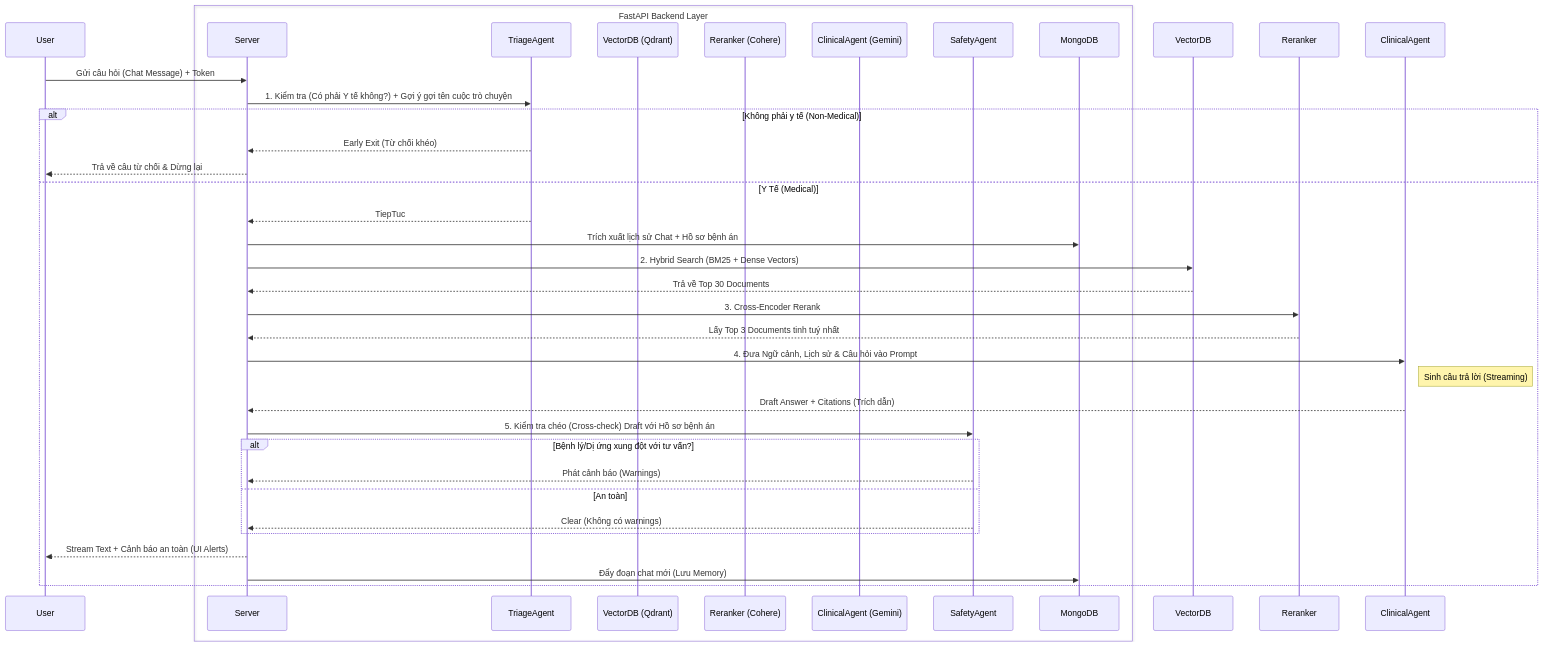
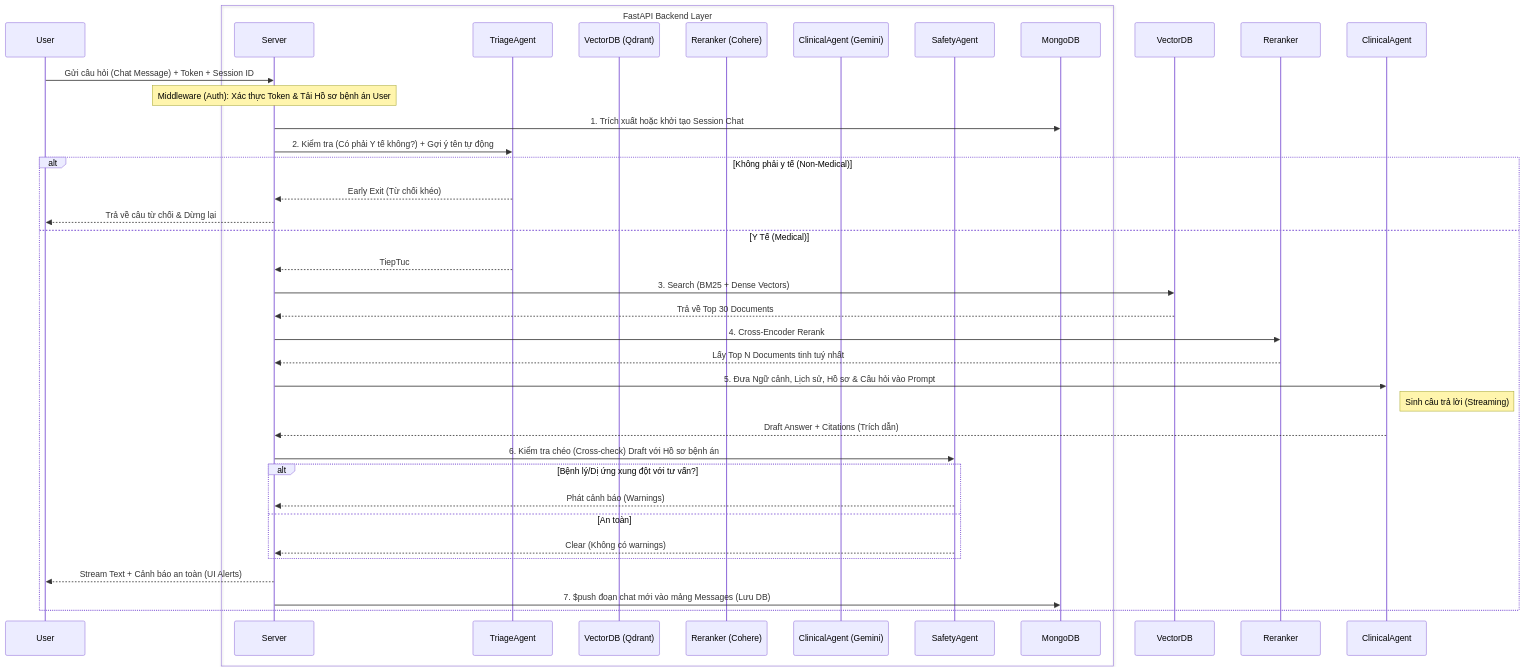
The diagram in README.md (Vietfinn/Medical-AI-Assistant--RAG_KLTN), drawn with Mermaid before and after one commit. The commit also changed 6 other files, not shown here.

Commit message:
chore: remove redundant files and update architecture flow in README.md

````diff
--- a/README.md
+++ b/README.md
@@ -35,43 +35,46 @@
 ```mermaid
 sequenceDiagram
     participant User
     box FastAPI Backend Layer
         participant Server
         participant TriageAgent
         participant VectorDB (Qdrant)
         participant Reranker (Cohere)
         participant ClinicalAgent (Gemini)
         participant SafetyAgent
         participant MongoDB
     end
 
-    User->>Server: Gửi câu hỏi (Chat Message) + Token
-    Server->>TriageAgent: 1. Kiểm tra (Có phải Y tế không?) + Gợi ý gợi tên cuộc trò chuyện
+    User->>Server: Gửi câu hỏi (Chat Message) + Token + Session ID
+    
+    Note over Server: Middleware (Auth): Xác thực Token & Tải Hồ sơ bệnh án User
+    
+    Server->>MongoDB: 1. Trích xuất hoặc khởi tạo Session Chat
+    Server->>TriageAgent: 2. Kiểm tra (Có phải Y tế không?) + Gợi ý tên tự động
     
     alt Không phải y tế (Non-Medical)
         TriageAgent-->>Server: Early Exit (Từ chối khéo)
         Server-->>User: Trả về câu từ chối & Dừng lại
     else Y Tế (Medical)
         TriageAgent-->>Server: TiepTuc
-        Server->>MongoDB: Trích xuất lịch sử Chat + Hồ sơ bệnh án
-        Server->>VectorDB: 2. Hybrid Search (BM25 + Dense Vectors)
+        Server->>VectorDB: 3. Search (BM25 + Dense Vectors)
         VectorDB-->>Server: Trả về Top 30 Documents
-        Server->>Reranker: 3. Cross-Encoder Rerank
-        Reranker-->>Server: Lấy Top 3 Documents tinh tuý nhất
+        Server->>Reranker: 4. Cross-Encoder Rerank
+        Reranker-->>Server: Lấy Top N Documents tinh tuý nhất
         
-        Server->>ClinicalAgent: 4. Đưa Ngữ cảnh, Lịch sử & Câu hỏi vào Prompt
+        Server->>ClinicalAgent: 5. Đưa Ngữ cảnh, Lịch sử, Hồ sơ & Câu hỏi vào Prompt
         
         Note right of ClinicalAgent: Sinh câu trả lời (Streaming)
         ClinicalAgent-->>Server: Draft Answer + Citations (Trích dẫn)
         
-        Server->>SafetyAgent: 5. Kiểm tra chéo (Cross-check) Draft với Hồ sơ bệnh án
+        Server->>SafetyAgent: 6. Kiểm tra chéo (Cross-check) Draft với Hồ sơ bệnh án
         alt Bệnh lý/Dị ứng xung đột với tư vấn?
             SafetyAgent-->>Server: Phát cảnh báo (Warnings)
         else An toàn
             SafetyAgent-->>Server: Clear (Không có warnings)
         end
         
         Server-->>User: Stream Text + Cảnh báo an toàn (UI Alerts)
-        Server->>MongoDB: Đẩy đoạn chat mới (Lưu Memory)
+        Server->>MongoDB: 7. $push đoạn chat mới vào mảng Messages (Lưu DB)
     end
 ```
````
